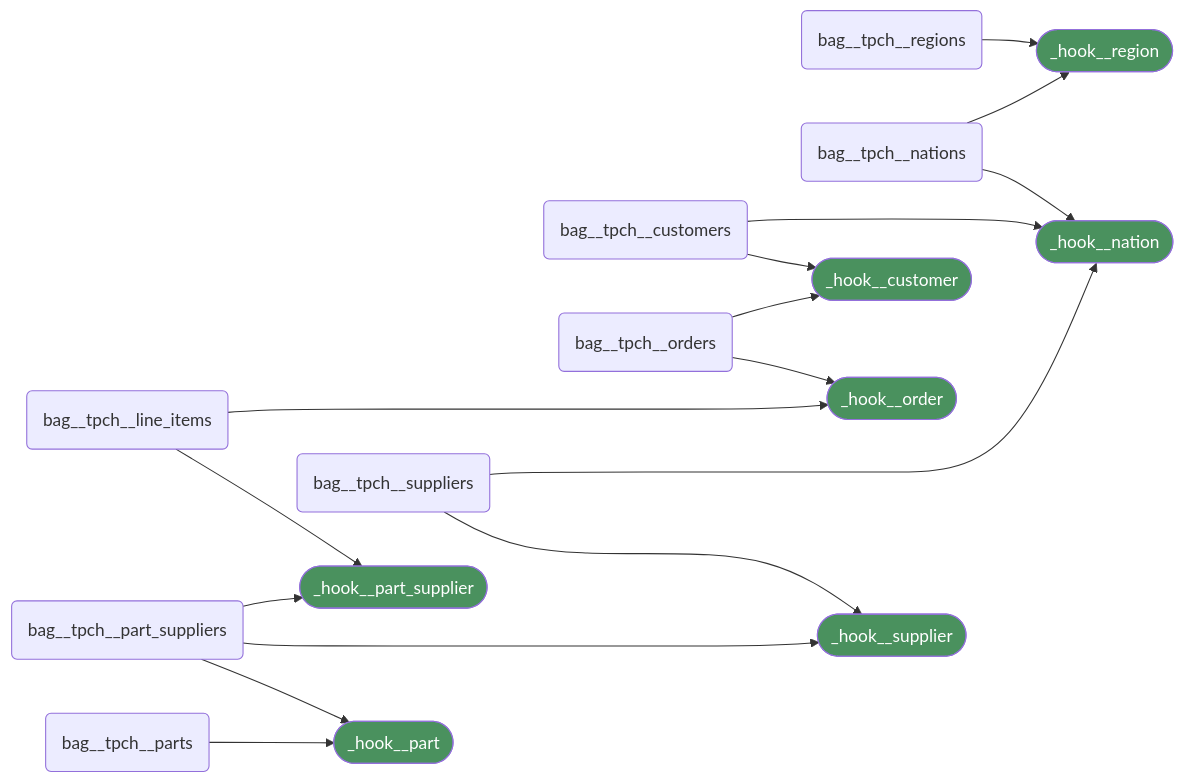
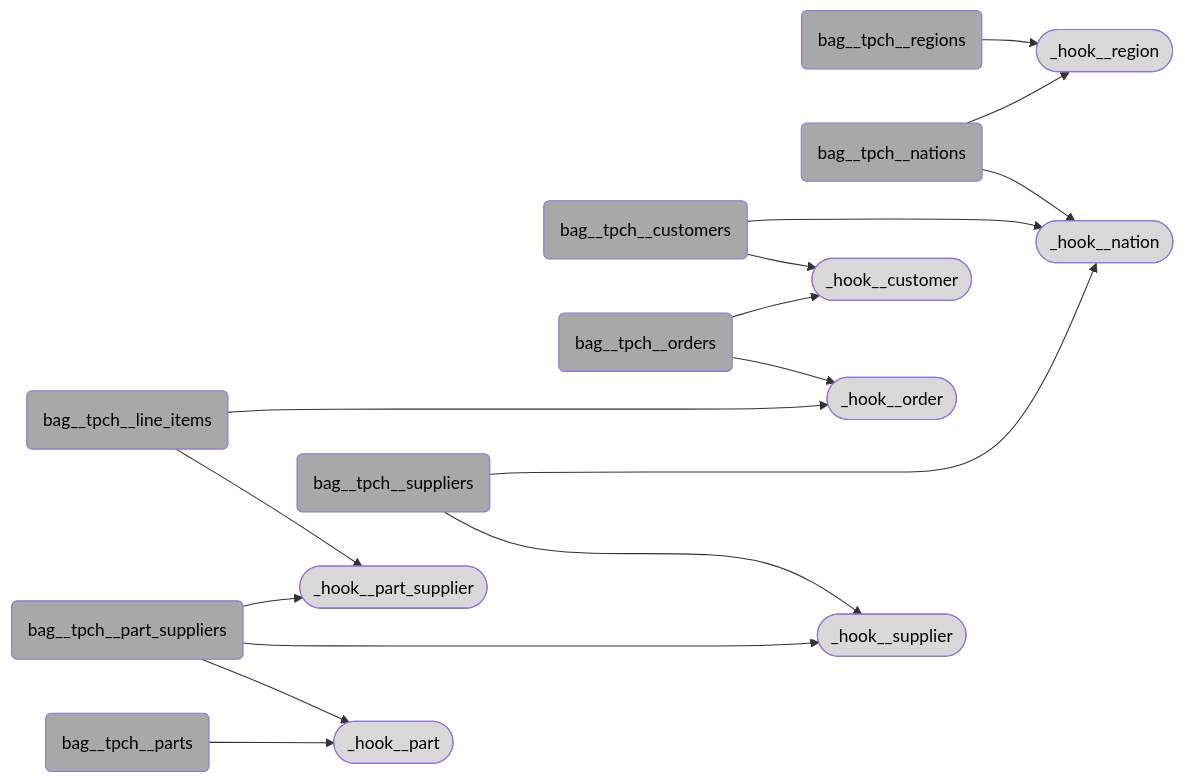
One commit to mattiasthalen/tpch changed the third of 4 diagrams in README.md. Above: the diagram before and after it, drawn with Mermaid. The commit also changed other lines of this file, not shown here.

Commit message:
Apply medallion colors to ERDs

````diff
--- a/README.md
+++ b/README.md
@@ -229,21 +244,42 @@
 ```mermaid
 flowchart LR
     %% Relations
-    bag__tpch__regions("bag__tpch__regions") --> _hook__region(["_hook__region"]):::hook
-    bag__tpch__nations("bag__tpch__nations") --> _hook__region(["_hook__region"]):::hook
-    bag__tpch__nations("bag__tpch__nations") --> _hook__nation(["_hook__nation"]):::hook
-    bag__tpch__part_suppliers("bag__tpch__part_suppliers") --> _hook__part_supplier(["_hook__part_supplier"]):::hook
-    bag__tpch__line_items("bag__tpch__line_items") ----> _hook__order(["_hook__order"]):::hook
-    bag__tpch__line_items("bag__tpch__line_items") --> _hook__part_supplier(["_hook__part_supplier"]):::hook
-    bag__tpch__part_suppliers("bag__tpch__part_suppliers") ----> _hook__supplier(["_hook__supplier"]):::hook
-    bag__tpch__customers("bag__tpch__customers") ---> _hook__nation(["_hook__nation"]):::hook
-    bag__tpch__customers("bag__tpch__customers") --> _hook__customer(["_hook__customer"]):::hook
-    bag__tpch__orders("bag__tpch__orders") --> _hook__customer(["_hook__customer"]):::hook
-    bag__tpch__orders("bag__tpch__orders") --> _hook__order(["_hook__order"]):::hook
-    bag__tpch__suppliers("bag__tpch__suppliers") ----> _hook__nation(["_hook__nation"]):::hook
-    bag__tpch__suppliers("bag__tpch__suppliers") --> _hook__supplier(["_hook__supplier"]):::hook
-    bag__tpch__part_suppliers("bag__tpch__part_suppliers") --> _hook__part(["_hook__part"]):::hook
-    bag__tpch__parts("bag__tpch__parts") --> _hook__part(["_hook__part"]):::hook
-    
-    classDef hook fill:#4A915E,color:white
+    bag__tpch__regions("bag__tpch__regions") --> _hook__region(["_hook__region"])
+    bag__tpch__nations("bag__tpch__nations") --> _hook__region(["_hook__region"])
+    bag__tpch__nations("bag__tpch__nations") --> _hook__nation(["_hook__nation"])
+    bag__tpch__part_suppliers("bag__tpch__part_suppliers") --> _hook__part_supplier(["_hook__part_supplier"])
+    bag__tpch__line_items("bag__tpch__line_items") ----> _hook__order(["_hook__order"])
+    bag__tpch__line_items("bag__tpch__line_items") --> _hook__part_supplier(["_hook__part_supplier"])
+    bag__tpch__part_suppliers("bag__tpch__part_suppliers") ----> _hook__supplier(["_hook__supplier"])
+    bag__tpch__customers("bag__tpch__customers") ---> _hook__nation(["_hook__nation"])
+    bag__tpch__customers("bag__tpch__customers") --> _hook__customer(["_hook__customer"])
+    bag__tpch__orders("bag__tpch__orders") --> _hook__customer(["_hook__customer"])
+    bag__tpch__orders("bag__tpch__orders") --> _hook__order(["_hook__order"])
+    bag__tpch__suppliers("bag__tpch__suppliers") ----> _hook__nation(["_hook__nation"])
+    bag__tpch__suppliers("bag__tpch__suppliers") --> _hook__supplier(["_hook__supplier"])
+    bag__tpch__part_suppliers("bag__tpch__part_suppliers") --> _hook__part(["_hook__part"])
+    bag__tpch__parts("bag__tpch__parts") --> _hook__part(["_hook__part"])
+
+    %% Silver shades
+    classDef silver_classic fill:#C0C0C0,color:black
+    classDef silver_dark fill:#A8A8A8,color:black
+    classDef silver_light fill:#D8D8D8,color:black
+    classDef silver_antique fill:#B4B4B4,color:black
+
+    class bag__tpch__customers silver_dark
+    class bag__tpch__line_items silver_dark
+    class bag__tpch__nations silver_dark
+    class bag__tpch__orders silver_dark
+    class bag__tpch__part_suppliers silver_dark
+    class bag__tpch__parts silver_dark
+    class bag__tpch__regions silver_dark
+    class bag__tpch__suppliers silver_dark
+
+    class _hook__customer silver_light
+    class _hook__nation silver_light
+    class _hook__order silver_light
+    class _hook__part silver_light
+    class _hook__part_supplier silver_light
+    class _hook__region silver_light
+    class _hook__supplier silver_light
 ```
````
